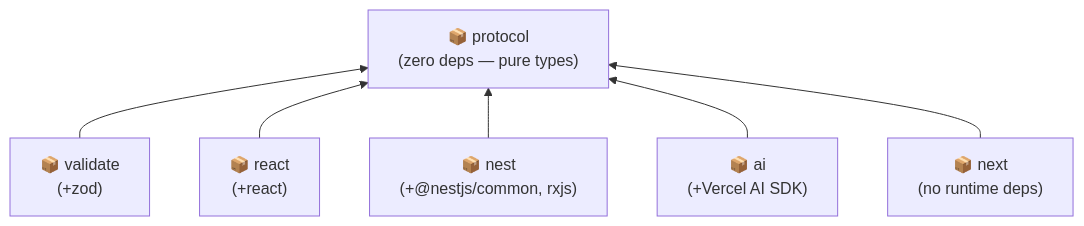
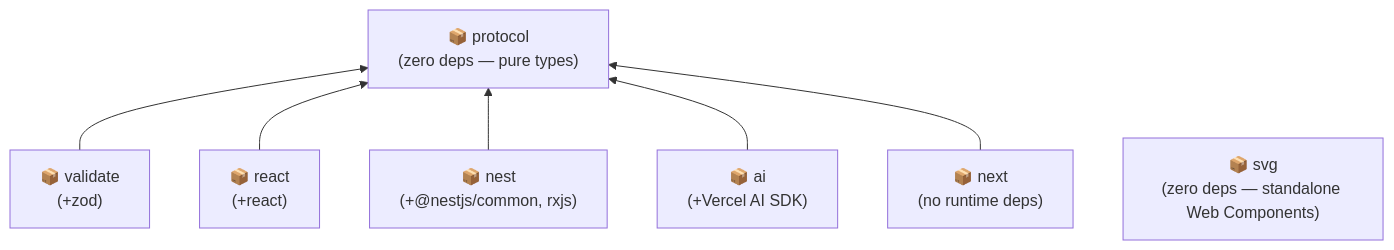
One commit to kibadist/agentui changed the diagram in site/src/content/docs/packages.md. Above: the diagram before and after it, drawn with Mermaid. The commit also changed other lines of this file and 35 other files, not shown here.

First line of the commit message:
feat(svg): add SVG-native Agent UI Web Components package

````diff
--- a/site/src/content/docs/packages.md
+++ b/site/src/content/docs/packages.md
@@ -18,15 +19,16 @@
 ```mermaid
 flowchart BT
   protocol["📦 protocol\n(zero deps — pure types)"]
   validate["📦 validate\n(+zod)"]
   react["📦 react\n(+react)"]
   nest["📦 nest\n(+@nestjs/common, rxjs)"]
   ai["📦 ai\n(+Vercel AI SDK)"]
   next["📦 next\n(no runtime deps)"]
+  svg["📦 svg\n(zero deps — standalone Web Components)"]
 
   validate --> protocol
   react --> protocol
   nest --> protocol
   ai --> protocol
   next --> protocol
 ```
````
